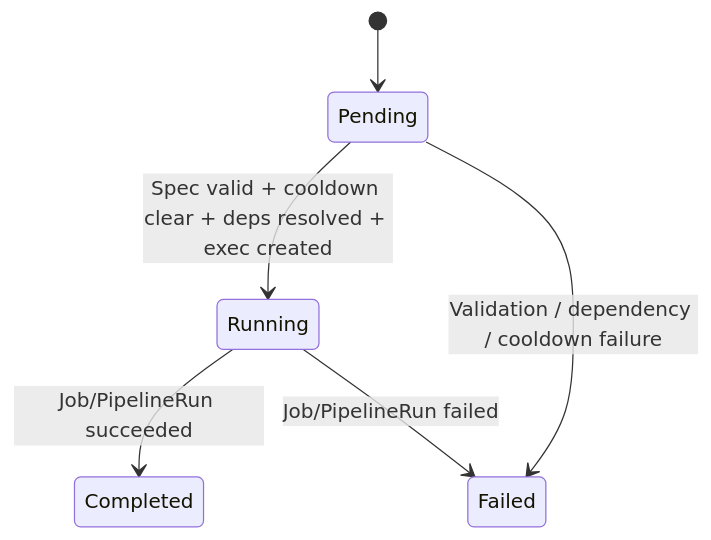
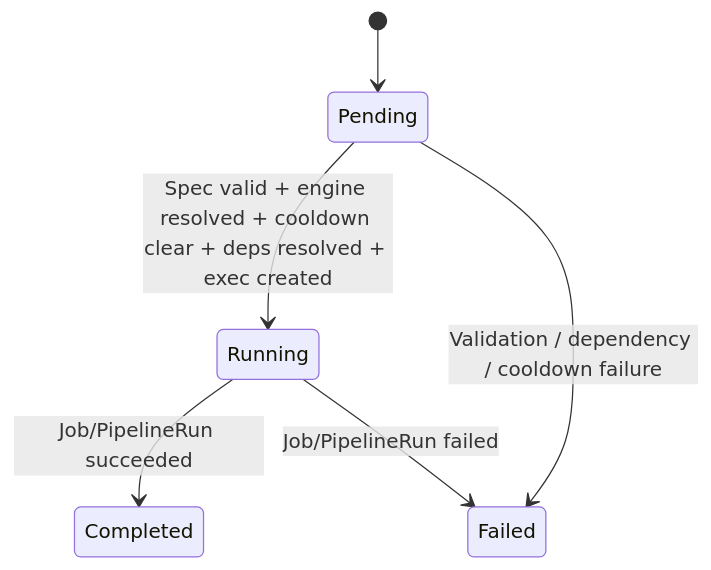
Before and after one commit to jordigilh/kubernaut-docs: the first of 4 diagrams in docs/architecture/workflow-execution.md, drawn with Mermaid. The commit also changed other lines of this file and 1 other file, not shown here.

First line of the commit message:
fix(architecture): fix DD-WORKFLOW version, engine resolution ordering, Ansible cleanup, audit timing

````diff
--- a/docs/architecture/workflow-execution.md
+++ b/docs/architecture/workflow-execution.md
@@ -37,8 +37,8 @@
 ```mermaid
 stateDiagram-v2
     [*] --> Pending
-    Pending --> Running : Spec valid + cooldown clear + deps resolved + exec created
+    Pending --> Running : Spec valid + engine resolved + cooldown clear + deps resolved + exec created
     Pending --> Failed : Validation / dependency / cooldown failure
     Running --> Completed : Job/PipelineRun succeeded
     Running --> Failed : Job/PipelineRun failed
 ```
````
